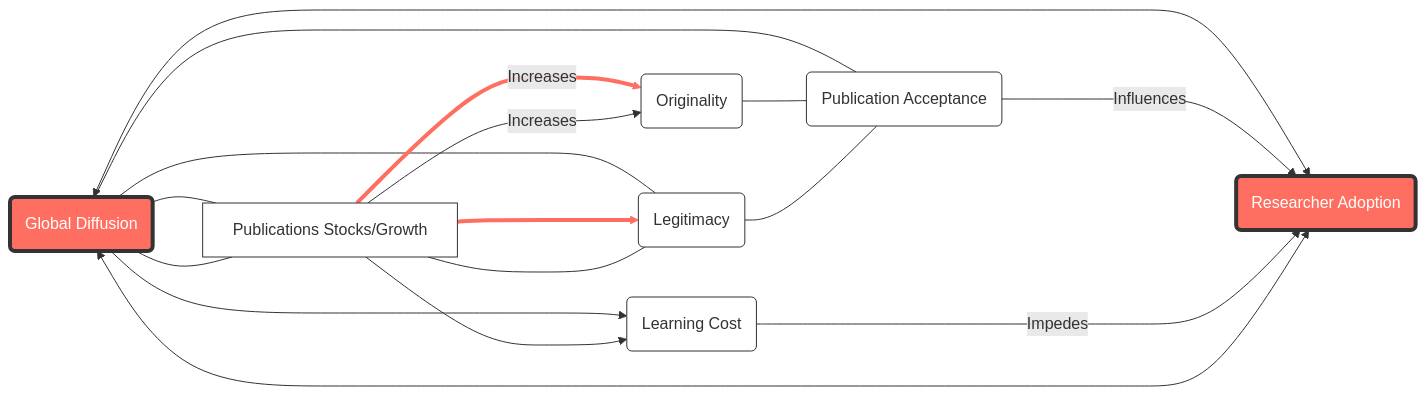
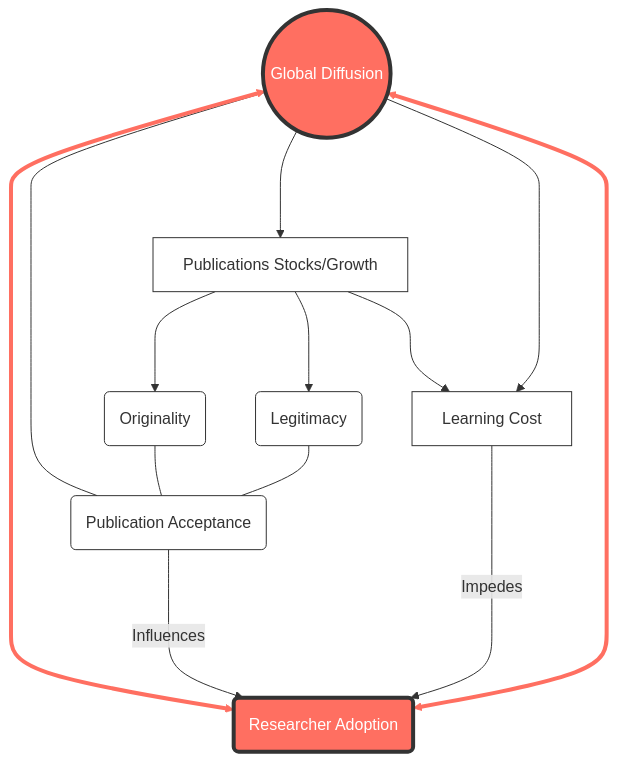
One commit to oliviercaron/presentation_revealjs changed the seventh of 11 diagrams in M&R/diffusion_nlp_mermaid.qmd. Above: the diagram before and after it, drawn with Mermaid. The commit also changed other lines of this file and 4 other files, not shown here.

Commit message:
mermaid graphs ; second choice is the one to modify

````diff
--- a/M&R/diffusion_nlp_mermaid.qmd
+++ b/M&R/diffusion_nlp_mermaid.qmd
@@ -218,35 +240,35 @@
 ```{mermaid}
-graph LR
+%%| label: fig-mermaid-10
+%%| fig-width: 8
+%%| fig-height: 10
+%%| column: page
+graph TD
   %% Define nodes
-  GD(Global Diffusion) --- PS[Publications Stocks/Growth]
-  GD --- LE(Legitimacy)
-  GD --- PA(Publication Acceptance)
-  GD --- PS[Publications Stocks/Growth]
+  GD((Global Diffusion)) ---> PS[Publications Stocks/Growth]
+  GD <--- PA(Publication Acceptance)
+  PS --->LC(Learning Cost)
   GD --> LC[Learning Cost]
-  PS --->|Increases| OP(Originality)
+  PS ---> OP(Originality)
   PS --->LE(Legitimacy)
-  PS --->LC(Learning Cost)
   
   %% Define edges with thick arrows for emphasis
   GD <---> RA(Researcher Adoption)
   RA <---> GD
   
   %% Define additional relationships
   OP --- PA
   LE --- PA
   PA --->|Influences| RA
-  PS --->|Increases| OP
-  PS --- LE
   LC -->|Impedes| RA
   
   %% Styling for emphasis
   classDef default fill:#fff,stroke:#333,stroke-width:1px;
   classDef emphasis fill:#ff6f61,stroke:#333,stroke-width:4px, color:#fff;
   classDef thickArrow stroke-width:3px,stroke:#333;
   
   class GD,RA emphasis;
 
   %% Apply thick arrow styling
-  linkStyle 5 stroke:#ff6f61,stroke-width:4px;
   linkStyle 6 stroke:#ff6f61,stroke-width:4px;
+  linkStyle 7 stroke:#ff6f61,stroke-width:4px;
 ```
````
